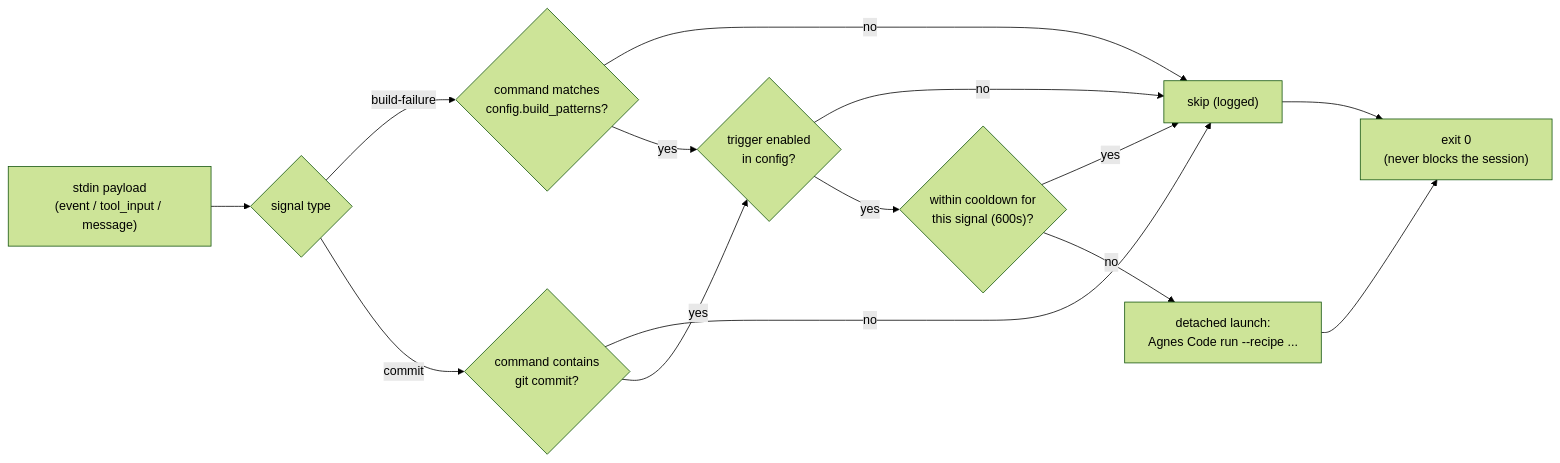
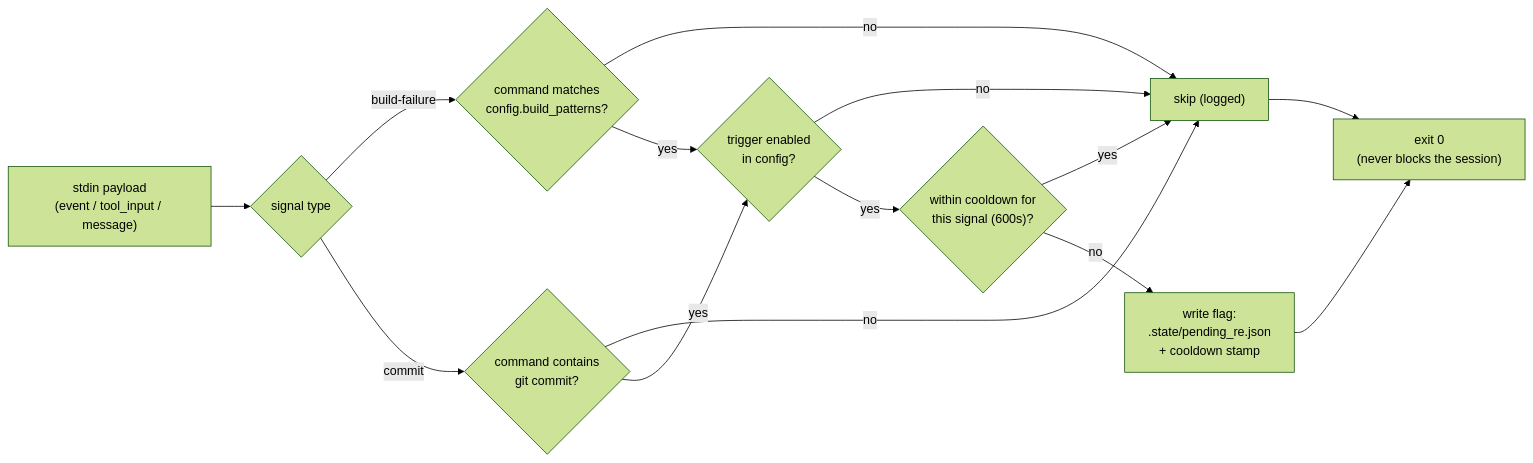
One commit to Chun-Chieh-Chang/harness2-mcp changed the second of 2 diagrams in .Agnes Code/plugins/harness2-loop/README.md. Above: the diagram before and after it, drawn with Mermaid (forest theme). The commit also changed other lines of this file and 6 other files, not shown here.

````diff
--- a/.Agnes Code/plugins/harness2-loop/README.md
+++ b/.Agnes Code/plugins/harness2-loop/README.md
@@ -108,15 +133,15 @@
 ```mermaid
 flowchart LR
     P["stdin payload<br/>(event / tool_input / message)"] --> D{"signal type"}
     D -- "build-failure" --> B{"command matches<br/>config.build_patterns?"}
     D -- "commit" --> C{"command contains<br/>git commit?"}
     B -- no --> X["skip (logged)"]
     C -- no --> X
     B -- yes --> G{"trigger enabled<br/>in config?"}
     C -- yes --> G
     G -- no --> X
     G -- yes --> CD{"within cooldown for<br/>this signal (600s)?"}
     CD -- yes --> X
-    CD -- no --> L["detached launch:<br/>Agnes Code run --recipe ..."] --> Z["exit 0<br/>(never blocks the session)"]
+    CD -- no --> L["write flag:<br/>.state/pending_re.json<br/>+ cooldown stamp"] --> Z["exit 0<br/>(never blocks the session)"]
     X --> Z
 ```
````
